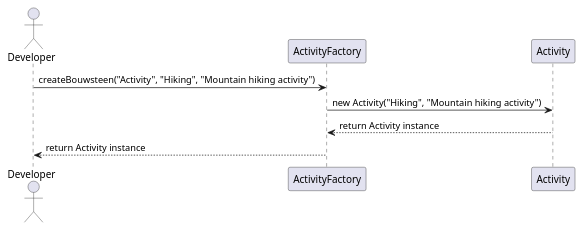
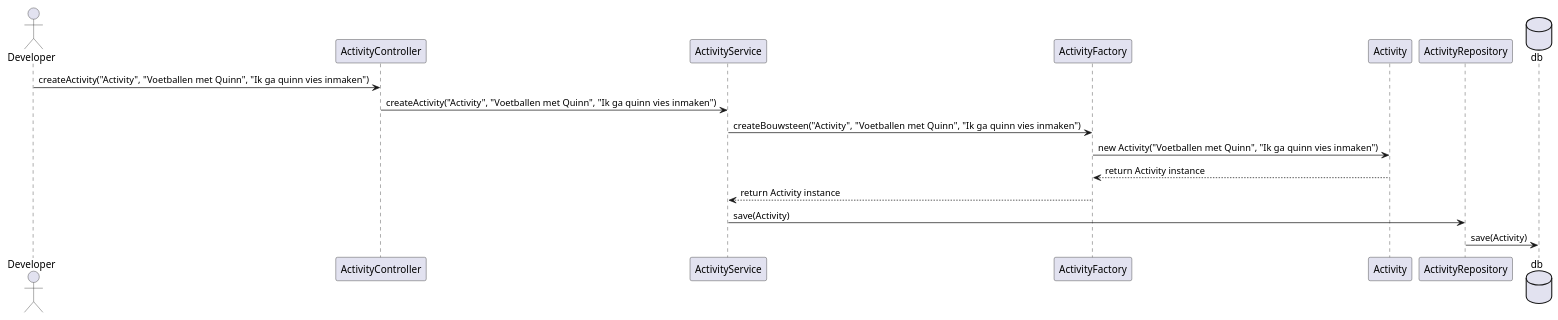
One commit to AIM-ENE-feb25/triptop-sqr-tech changed the diagram in Safa/Diagrammen/SafaSequenceDiagram.puml. Above: the diagram before and after it, drawn with PlantUML. The commit also changed 2 other files, not shown here.

```diff
--- a/Safa/Diagrammen/SafaSequenceDiagram.puml
+++ b/Safa/Diagrammen/SafaSequenceDiagram.puml
@@ -1,10 +1,16 @@
 @startuml
 actor Developer
 
-Developer -> ActivityFactory : createBouwsteen("Activity", "Hiking", "Mountain hiking activity")
-ActivityFactory -> Activity : new Activity("Hiking", "Mountain hiking activity")
+Developer -> ActivityController : createActivity("Activity", "Voetballen met Quinn", "Ik ga quinn vies inmaken")
+ActivityController -> ActivityService : createActivity("Activity", "Voetballen met Quinn", "Ik ga quinn vies inmaken")
+ActivityService -> ActivityFactory : createBouwsteen("Activity", "Voetballen met Quinn", "Ik ga quinn vies inmaken")
+ActivityFactory -> Activity : new Activity("Voetballen met Quinn", "Ik ga quinn vies inmaken")
 
 Activity --> ActivityFactory : return Activity instance
-ActivityFactory --> Developer : return Activity instance
+ActivityFactory --> ActivityService : return Activity instance
+ActivityService -> ActivityRepository : save(Activity)
+
+database db
+ActivityRepository -> db : save(Activity)
 
 @enduml
```
